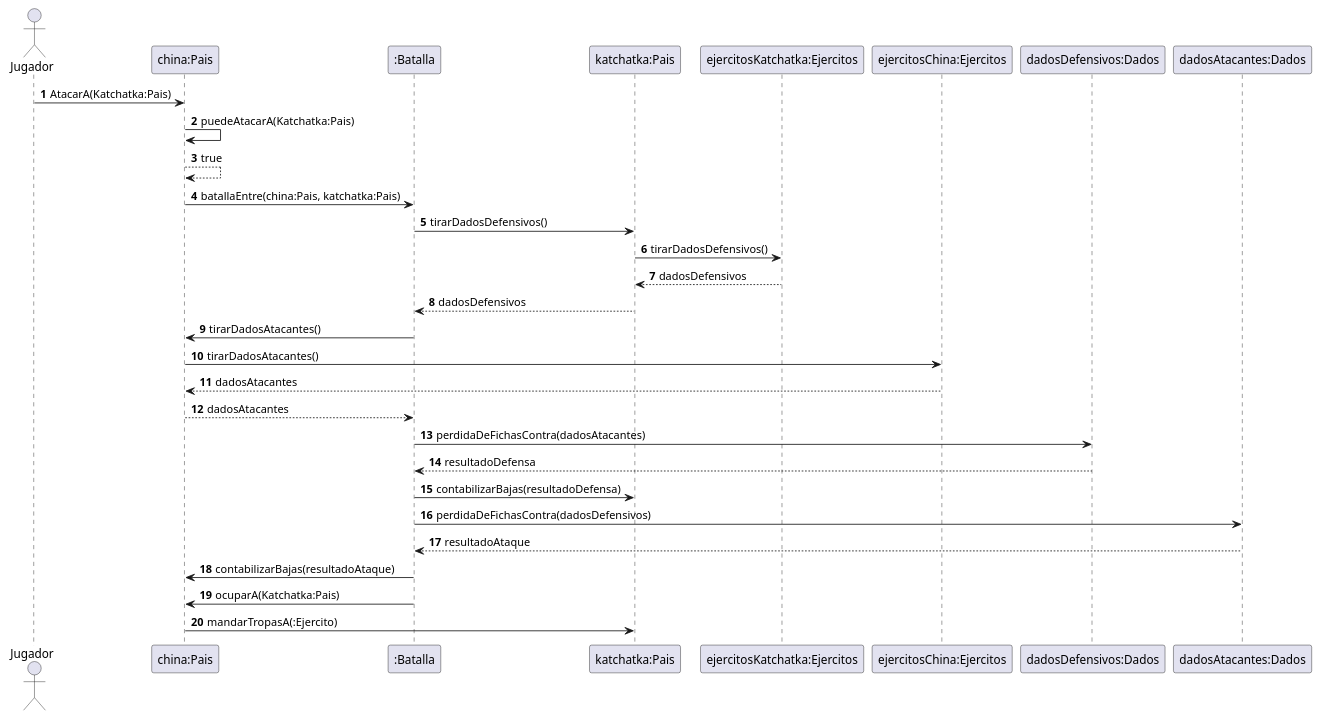
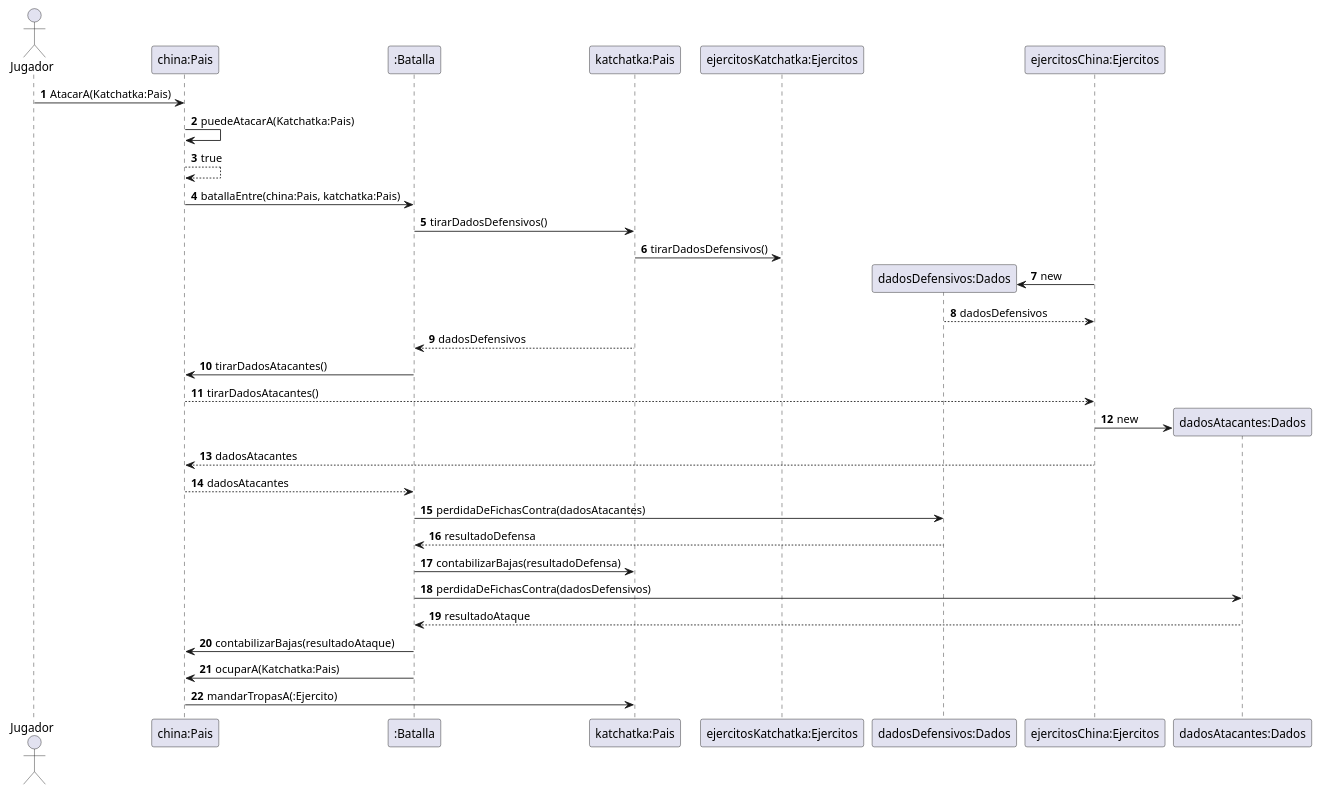
Before and after one commit to julia-valdo/Algoritmos-3.TP2: the diagram in AtaqueAOtroPais.puml, drawn with PlantUML. The commit also changed 1 other file, not shown here.

Commit message:
Mensajes new en el diagrama de secuencia agregados

```diff
--- a/AtaqueAOtroPais.puml
+++ b/AtaqueAOtroPais.puml
@@ -1,40 +1,44 @@
 @startuml
 'https://plantuml.com/sequence-diagram
 
 autonumber
 'Gana Jugador 1'
 Actor Jugador
 
 Jugador -> "china:Pais": AtacarA(Katchatka:Pais)
 
 "china:Pais"-> "china:Pais": puedeAtacarA(Katchatka:Pais)
 return true
 
 "china:Pais" -> ":Batalla":batallaEntre(china:Pais, katchatka:Pais)
 
 ":Batalla" -> "katchatka:Pais": tirarDadosDefensivos()
     "katchatka:Pais" -> "ejercitosKatchatka:Ejercitos": tirarDadosDefensivos()
+    create "dadosDefensivos:Dados"
+    "ejercitosChina:Ejercitos" -> "dadosDefensivos:Dados" : new
     return dadosDefensivos
 "katchatka:Pais" --> ":Batalla": dadosDefensivos
 
 ":Batalla" -> "china:Pais": tirarDadosAtacantes()
-    "china:Pais" -> "ejercitosChina:Ejercitos": tirarDadosAtacantes()
-    return dadosAtacantes
+    "china:Pais" --> "ejercitosChina:Ejercitos": tirarDadosAtacantes()
+    create "dadosAtacantes:Dados"
+    "ejercitosChina:Ejercitos" -> "dadosAtacantes:Dados" : new
+    "ejercitosChina:Ejercitos" --> "china:Pais": dadosAtacantes
 "china:Pais" --> ":Batalla": dadosAtacantes
 
 ":Batalla" -> "dadosDefensivos:Dados": perdidaDeFichasContra(dadosAtacantes)
 return resultadoDefensa
 
 ":Batalla" -> "katchatka:Pais": contabilizarBajas(resultadoDefensa)
 
 ":Batalla" -> "dadosAtacantes:Dados": perdidaDeFichasContra(dadosDefensivos)
 return resultadoAtaque
 
 ":Batalla" -> "china:Pais": contabilizarBajas(resultadoAtaque)
 
 ":Batalla" -> "china:Pais": ocuparA(Katchatka:Pais)
 
 "china:Pais" -> "katchatka:Pais": mandarTropasA(:Ejercito)
 
 
 @enduml
```
